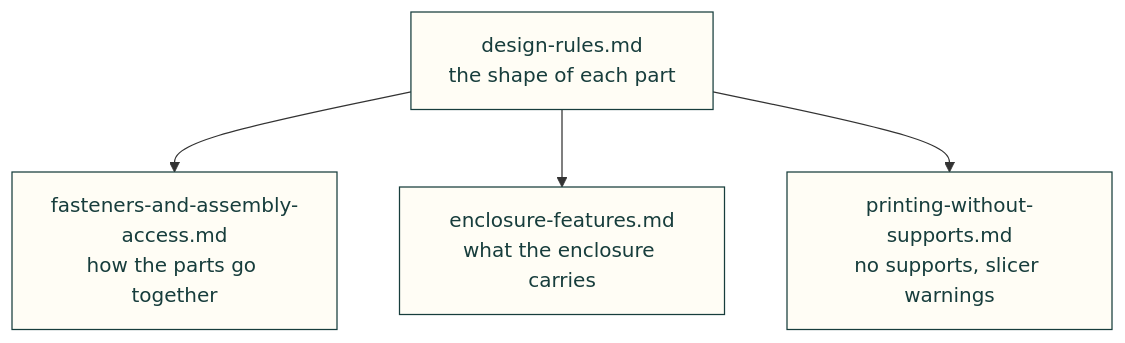
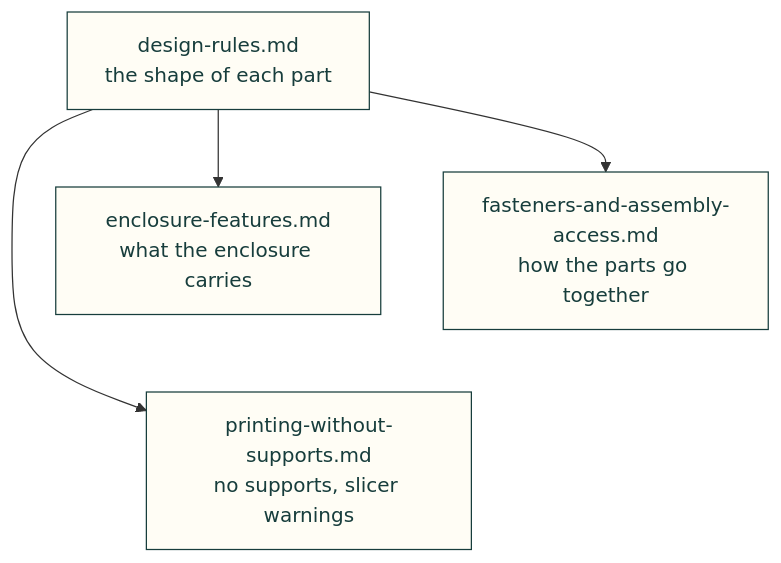
The diagram in lessons/mechanical/README.md (Valpatel/cad-agent), drawn with Mermaid before and after one commit. The commit also changed 2 other files, not shown here.

Commit message:
Overhangs and FDM lessons: figures and folds for the site's layout gates
CI's browser jobs measured three pages:
- docs/toolkit.md: 1669 px of text after Topology optimisation. The overhangs
  section now opens with a diagram of the two screens and its limits, and
  folds the reference parts (the angle and JSON, the G-code labels and arcs)
  into <details>.
- lessons/mechanical/printing-without-supports.md: 3907 px of text. Two
  diagrams (the 45 degree decision, and triaging a long-bridging warning), and
  each lesson keeps its Rule and Check in view with its Incident and Source
  folded.
- lessons/mechanical/README.md: the diagram was 887 px wide in a 658 px column;
  printing-without-supports now sits on its own row.

````diff
--- a/lessons/mechanical/README.md
+++ b/lessons/mechanical/README.md
@@ -5,10 +5,11 @@
 ```mermaid
 flowchart TD
     D["design-rules.md<br/>the shape of each part"] --> F["fasteners-and-assembly-access.md<br/>how the parts go together"]
     D --> E["enclosure-features.md<br/>what the enclosure carries"]
     D --> P["printing-without-supports.md<br/>no supports, slicer warnings"]
+    F ~~~ P
     classDef here fill:#fffdf5,stroke:#173d3c,color:#173d3c
     classDef near fill:#eef1e4,stroke:#6f8a80,color:#173d3c
     classDef out fill:#ffe1cc,stroke:#bd3a12,color:#173d3c
     class D,F,E,P here
 ```
````
